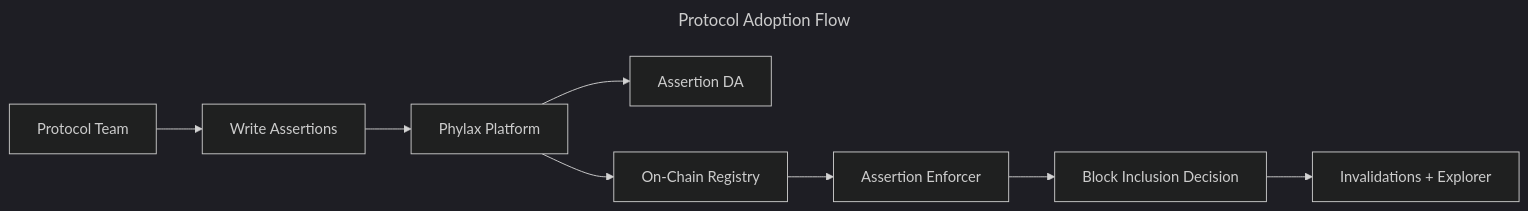
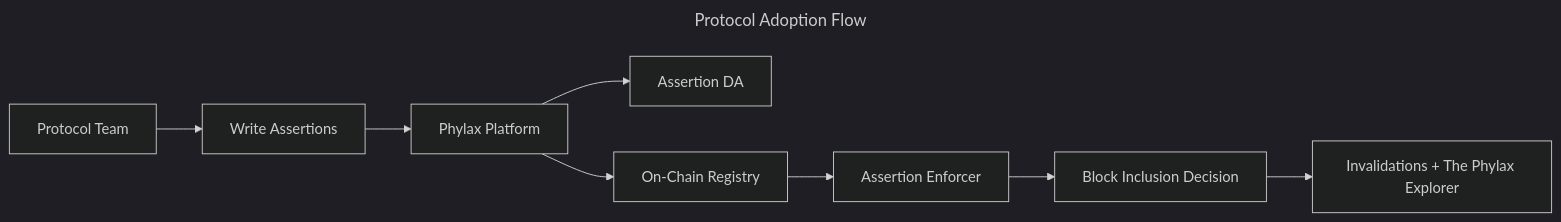
The diagram in credible/dapp-integration.mdx (phylaxsystems/phylax-docs), drawn with Mermaid (dark theme) before and after one commit. The commit also changed other lines of this file and 13 other files, not shown here.

Commit message:
Standardize Phylax Explorer naming

````diff
--- a/credible/dapp-integration.mdx
+++ b/credible/dapp-integration.mdx
@@ -28,13 +28,13 @@
 ```mermaid
 ---
 title: Protocol Adoption Flow
 ---
 flowchart LR
   Dev[Protocol Team] --> Assertion[Write Assertions]
   Assertion --> Platform[Phylax Platform]
   Platform --> DA[Assertion DA]
   Platform --> Registry[On-Chain Registry]
   Registry --> Enforcer[Assertion Enforcer]
   Enforcer --> Outcome[Block Inclusion Decision]
-  Outcome --> Invalidations[Invalidations + Explorer]
+  Outcome --> Invalidations[Invalidations + The Phylax Explorer]
 ```
````
